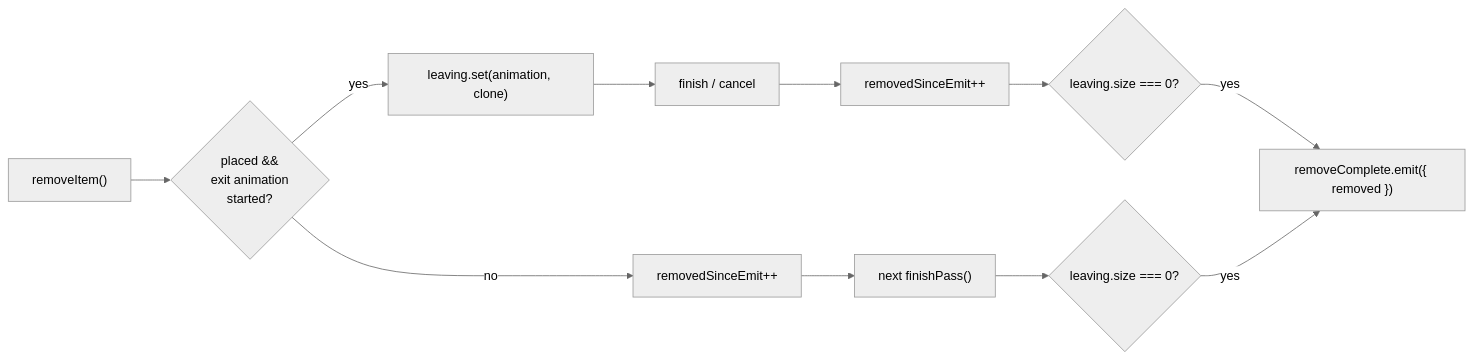
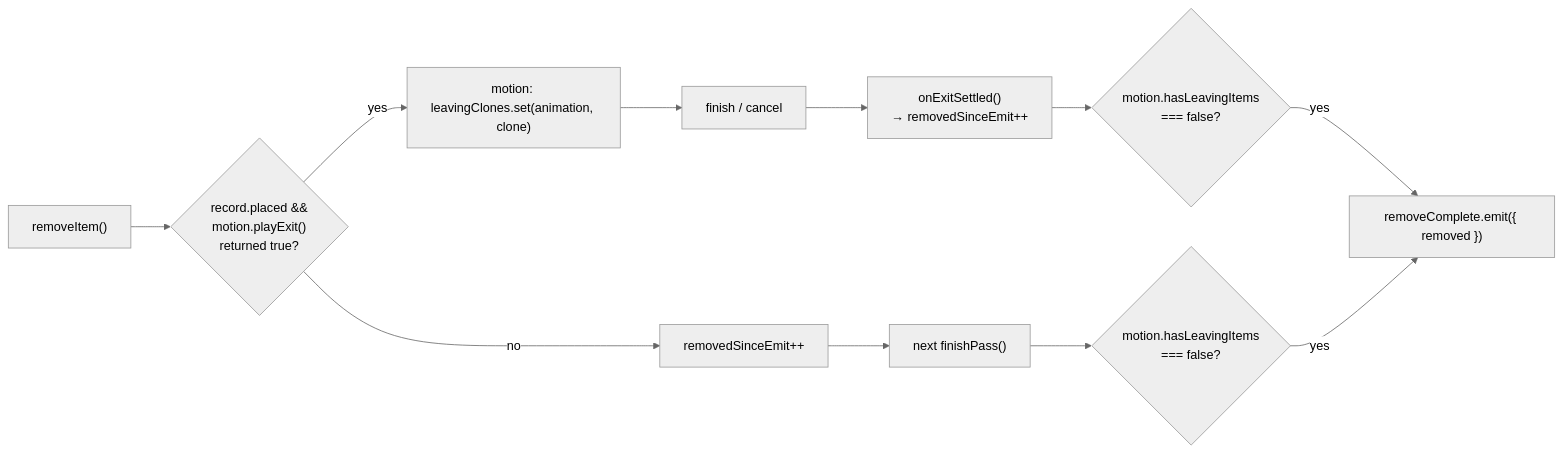
Before and after one commit to MeAkib/masonry-angular: the ninth of 13 diagrams in ARCHITECTURE.md, drawn with Mermaid (neutral theme). The commit also changed other lines of this file and 22 other files, not shown here.

````diff
--- a/ARCHITECTURE.md
+++ b/ARCHITECTURE.md
@@ -625,12 +751,12 @@
 ```mermaid
 flowchart LR
-    RM["removeItem()"] --> Q{"placed &&<br/>exit animation<br/>started?"}
+    RM["removeItem()"] --> Q{"record.placed &&<br/>motion.playExit()<br/>returned true?"}
     Q -->|no| C["removedSinceEmit++"]
-    Q -->|yes| L["leaving.set(animation, clone)"]
-    L --> FIN["finish / cancel"] --> C2["removedSinceEmit++"]
-    C2 --> E1{"leaving.size === 0?"}
+    Q -->|yes| L["motion: leavingClones.set(animation, clone)"]
+    L --> FIN["finish / cancel"] --> C2["onExitSettled()<br/>→ removedSinceEmit++"]
+    C2 --> E1{"motion.hasLeavingItems<br/>=== false?"}
     C --> P["next finishPass()"]
-    P --> E2{"leaving.size === 0?"}
+    P --> E2{"motion.hasLeavingItems<br/>=== false?"}
     E1 -->|yes| EMIT["removeComplete.emit({ removed })"]
     E2 -->|yes| EMIT
 ```
````
